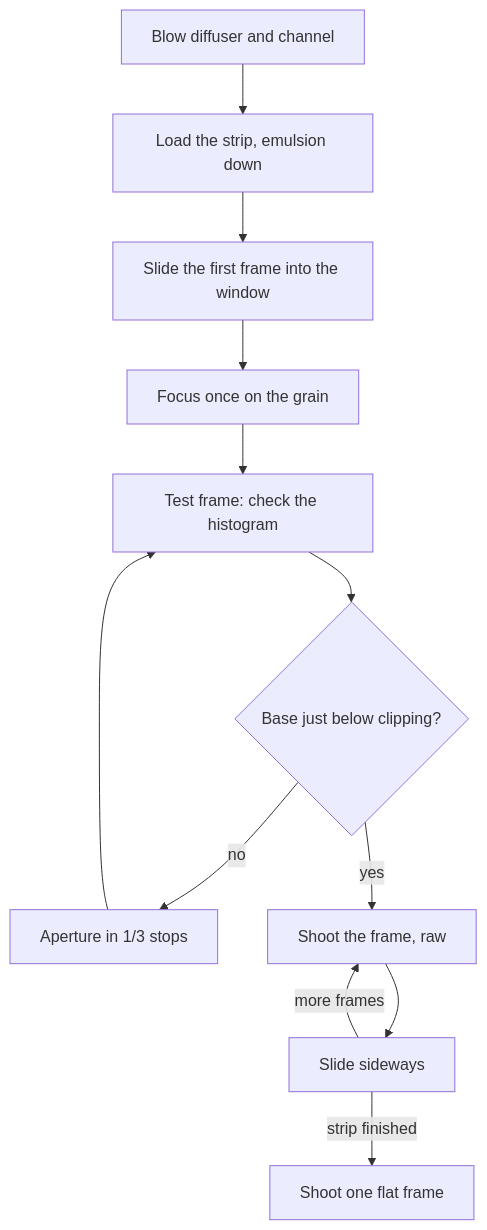
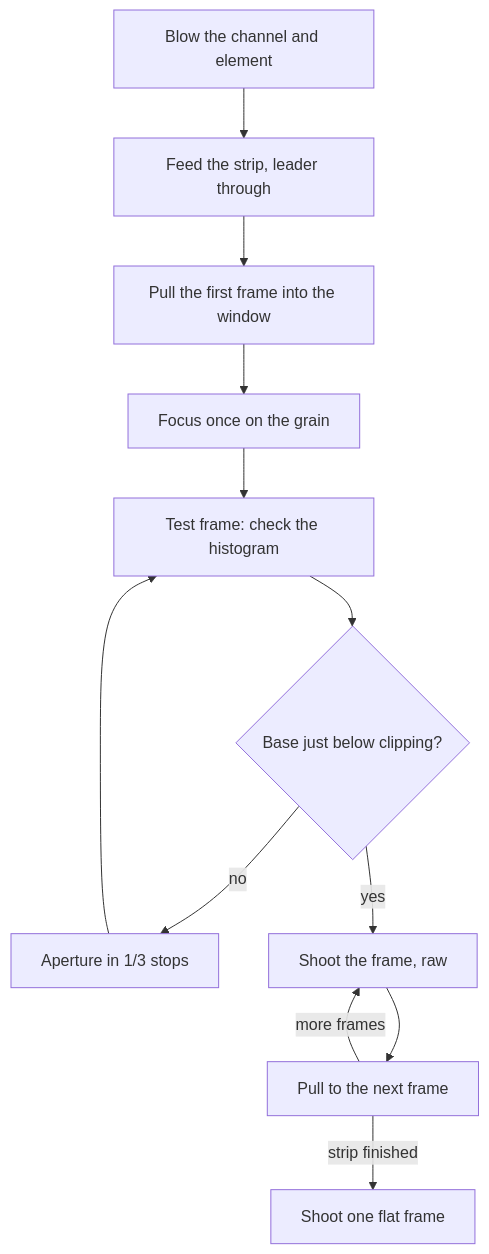
The diagram in docs/scanning.md (Neoanaloglab/Neobox), drawn with Mermaid before and after one commit. The commit also changed other lines of this file and 30 other files, not shown here.

````diff
--- a/docs/scanning.md
+++ b/docs/scanning.md
@@ -218,14 +230,14 @@
 ```mermaid
 flowchart TD
-    A[Blow diffuser and channel] --> B[Load the strip, emulsion down]
-    B --> C[Slide the first frame into the window]
+    A[Blow the channel and element] --> B[Feed the strip, leader through]
+    B --> C[Pull the first frame into the window]
     C --> D[Focus once on the grain]
     D --> E[Test frame: check the histogram]
     E --> F{Base just below clipping?}
     F -- no --> G[Aperture in 1/3 stops]
     G --> E
     F -- yes --> H[Shoot the frame, raw]
-    H --> I[Slide sideways]
+    H --> I[Pull to the next frame]
     I -->|more frames| H
     I -->|strip finished| J[Shoot one flat frame]
 ```
````
